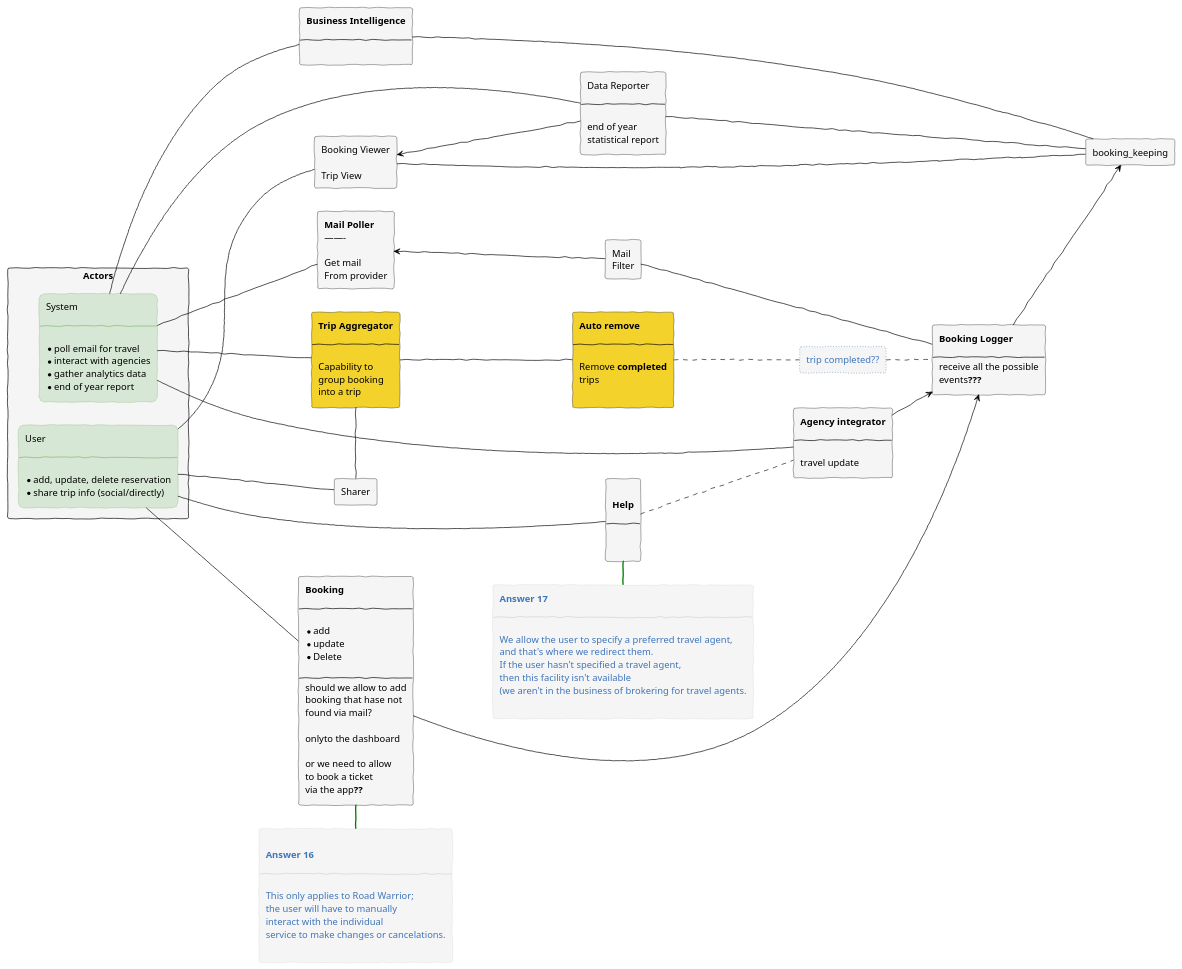
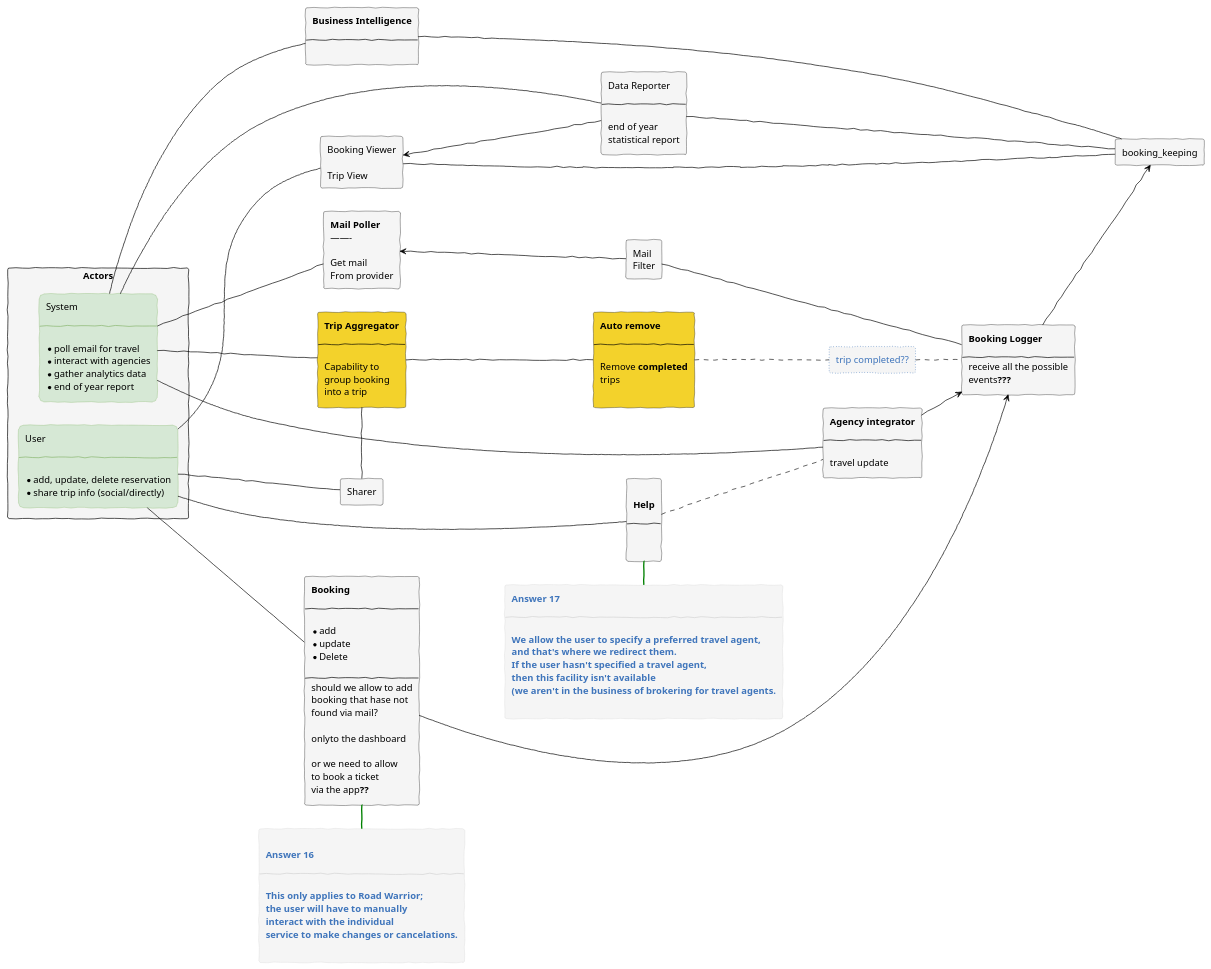
The diagram in doc/actor-action.puml (relic-da/ArchEnemies), drawn with PlantUML before and after one commit. The commit also changed 1 other file, not shown here.

```diff
--- a/doc/actor-action.puml
+++ b/doc/actor-action.puml
@@ -22,7 +22,9 @@
     BackgroundColor<<sticky>> #F3D22B
     borderColor<<sticky>> black
 
+    RectangleFontSize <<answer>> 100
     borderColor<<answer>> #lightgray
+'    classFontSize <<answer>> 20
     FontColor<<answer>> #3F75BB
     '
  }
@@ -122,10 +124,10 @@
 
 ---
 
-This only applies to Road Warrior;
-the user will have to manually
-interact with the individual
-service to make changes or cancelations.
+**This only applies to Road Warrior;**
+**the user will have to manually**
+**interact with the individual**
+**service to make changes or cancelations.**
 
 ]
 
@@ -147,11 +149,11 @@
 
 ---
 
-We allow the user to specify a preferred travel agent,
-and that's where we redirect them. 
-If the user hasn't specified a travel agent,
-then this facility isn't available 
-(we aren't in the business of brokering for travel agents.
+**We allow the user to specify a preferred travel agent,**
+**and that's where we redirect them.**
+**If the user hasn't specified a travel agent,**
+**then this facility isn't available **
+**(we aren't in the business of brokering for travel agents.**
 
 ]
 
```
